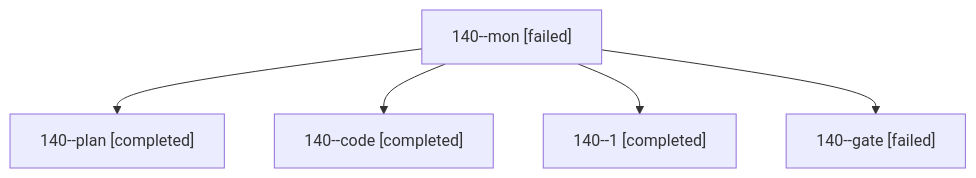
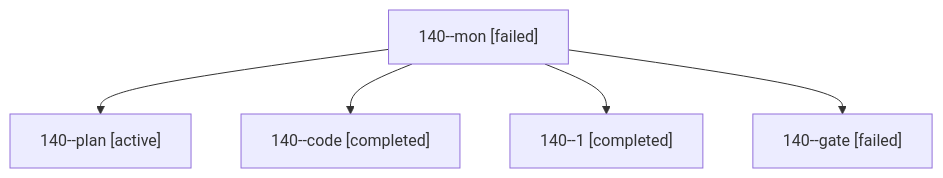
Before and after one commit to bobs-org/bob-cli--agents: the diagram in sessions/bbugyi200.athena.140.md, drawn with Mermaid. The commit also changed other lines of this file and 270 other files, not shown here.

````diff
--- a/sessions/bbugyi200.athena.140.md
+++ b/sessions/bbugyi200.athena.140.md
@@ -9,12 +9,12 @@
 ```mermaid
 flowchart TD
   n0["140--mon [failed]"]
-  n1["140--plan [completed]"]
+  n1["140--plan [active]"]
   n0 --> n1
   n2["140--code [completed]"]
   n0 --> n2
   n3["140--1 [completed]"]
   n0 --> n3
   n4["140--gate [failed]"]
   n0 --> n4
 ```
````
